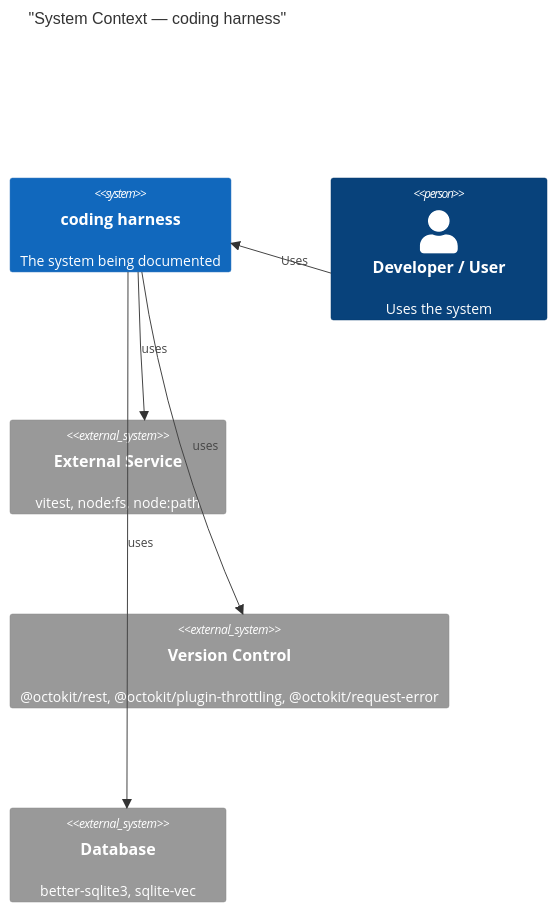
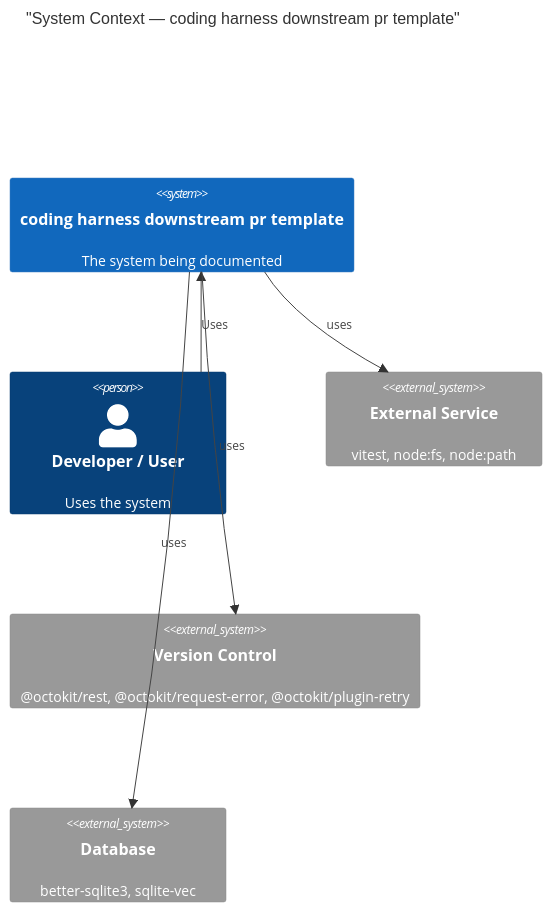
One commit to jscraik/coding-harness changed the fourth of 14 diagrams in AI/context/diagram-context.md. Above: the diagram before and after it, drawn with Mermaid. The commit also changed other lines of this file and 1 other file, not shown here.

First line of the commit message:
fix: align prepare-worktree scaffold template

````diff
--- a/AI/context/diagram-context.md
+++ b/AI/context/diagram-context.md
@@ -330,14 +330,14 @@
 ```mermaid
 C4Context
-  title "System Context — coding harness"
-  System(mainSystem, "coding harness", "The system being documented")
+  title "System Context — coding harness downstream pr template"
+  System(mainSystem, "coding harness downstream pr template", "The system being documented")
   Person(developer, "Developer / User", "Uses the system")
   Rel(developer, mainSystem, "Uses")
   System_Ext(ext_0, "External Service", "vitest, node:fs, node:path")
   Rel(mainSystem, ext_0, "uses")
-  System_Ext(ext_1, "Version Control", "@octokit/rest, @octokit/plugin-throttling, @octokit/request-error")
+  System_Ext(ext_1, "Version Control", "@octokit/rest, @octokit/request-error, @octokit/plugin-retry")
   Rel(mainSystem, ext_1, "uses")
   System_Ext(ext_2, "Database", "better-sqlite3, sqlite-vec")
   Rel(mainSystem, ext_2, "uses")
 
 ```
````
